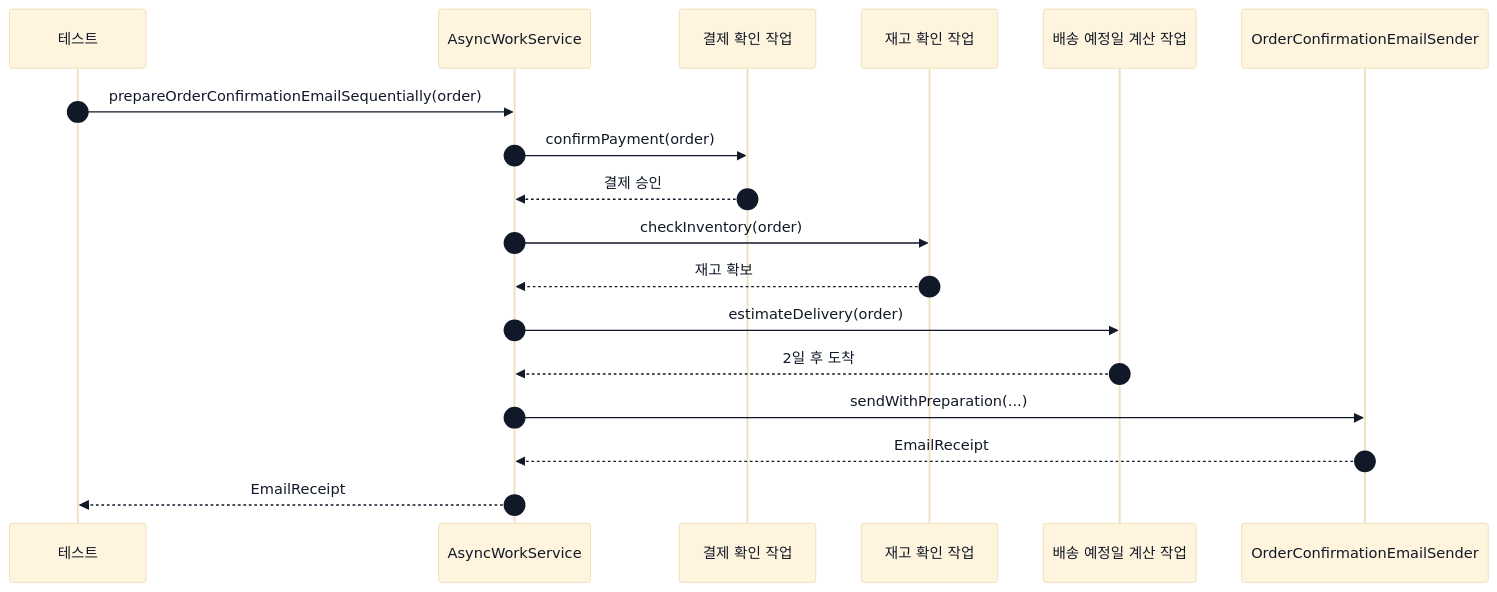
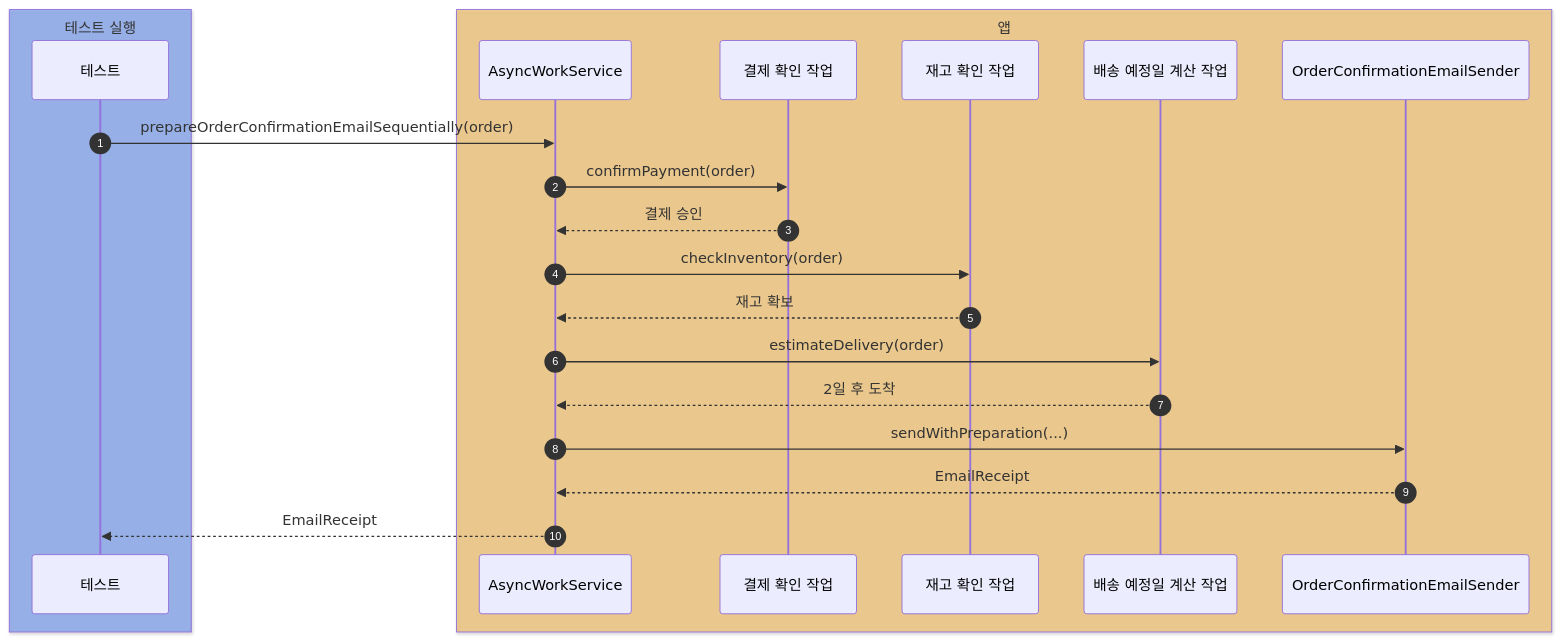
Before and after one commit to HJC96/deep-dive: the fourth of 5 diagrams in labs/spring/README.md, drawn with Mermaid. The commit also changed other lines of this file and 4 other files, not shown here.

````diff
--- a/labs/spring/README.md
+++ b/labs/spring/README.md
@@ -151,22 +172,27 @@
 ```mermaid
-%%{init: {"theme": "base", "themeVariables": {"primaryTextColor": "#111827", "secondaryTextColor": "#111827", "tertiaryTextColor": "#111827", "actorTextColor": "#111827", "signalTextColor": "#111827", "labelTextColor": "#111827", "noteTextColor": "#111827", "noteBkgColor": "#ffffff", "noteBorderColor": "#374151", "sequenceNumberColor": "#111827"}}}%%
 sequenceDiagram
     autonumber
+
+    box rgba(37, 99, 235, 0.40) 테스트 실행
     participant Test as 테스트
+    end
+
+    box rgba(245, 158, 11, 0.40) 앱
     participant Service as AsyncWorkService
     participant Payment as 결제 확인 작업
     participant Inventory as 재고 확인 작업
     participant Delivery as 배송 예정일 계산 작업
     participant Sender as OrderConfirmationEmailSender
+    end
 
     Test->>Service: prepareOrderConfirmationEmailSequentially(order)
     Service->>Payment: confirmPayment(order)
     Payment-->>Service: 결제 승인
     Service->>Inventory: checkInventory(order)
     Inventory-->>Service: 재고 확보
     Service->>Delivery: estimateDelivery(order)
     Delivery-->>Service: 2일 후 도착
     Service->>Sender: sendWithPreparation(...)
     Sender-->>Service: EmailReceipt
     Service-->>Test: EmailReceipt
 ```
````
